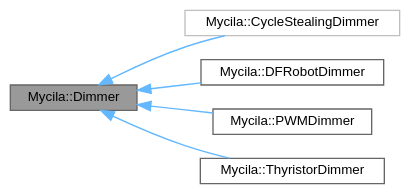
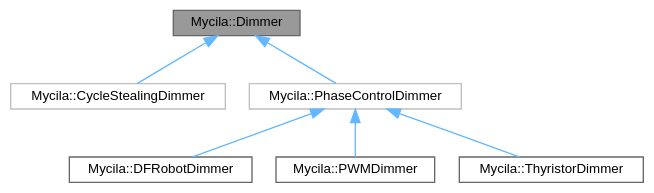
One commit to mathieucarbou/MycilaDimmer changed the diagram in docs/api/class_mycila_1_1_dimmer__inherit__graph.dot. Above: the diagram before and after it, drawn with Graphviz. The commit also changed 58 other files, not shown here.

```diff
--- a/docs/api/class_mycila_1_1_dimmer__inherit__graph.dot
+++ b/docs/api/class_mycila_1_1_dimmer__inherit__graph.dot
@@ -1,17 +1,18 @@
 digraph "Mycila::Dimmer"
 {
  // LATEX_PDF_SIZE
   bgcolor="transparent";
   edge [fontname=Helvetica,fontsize=10,labelfontname=Helvetica,labelfontsize=10];
   node [fontname=Helvetica,fontsize=10,shape=box,height=0.2,width=0.4];
-  rankdir="LR";
   Node1 [id="Node000001",label="Mycila::Dimmer",height=0.2,width=0.4,color="gray40", fillcolor="grey60", style="filled", fontcolor="black",tooltip=" "];
   Node1 -> Node2 [id="edge1_Node000001_Node000002",dir="back",color="steelblue1",style="solid",tooltip=" "];
   Node2 [id="Node000002",label="Mycila::CycleStealingDimmer",height=0.2,width=0.4,color="grey75", fillcolor="white", style="filled",URL="$class_mycila_1_1_cycle_stealing_dimmer.html",tooltip=" "];
   Node1 -> Node3 [id="edge2_Node000001_Node000003",dir="back",color="steelblue1",style="solid",tooltip=" "];
-  Node3 [id="Node000003",label="Mycila::DFRobotDimmer",height=0.2,width=0.4,color="gray40", fillcolor="white", style="filled",URL="$class_mycila_1_1_d_f_robot_dimmer.html",tooltip="DFRobot DFR1071/DFR1073/DFR0971 I2C controlled 0-10V/0-5V dimmer implementation for voltage regulator..."];
-  Node1 -> Node4 [id="edge3_Node000001_Node000004",dir="back",color="steelblue1",style="solid",tooltip=" "];
-  Node4 [id="Node000004",label="Mycila::PWMDimmer",height=0.2,width=0.4,color="gray40", fillcolor="white", style="filled",URL="$class_mycila_1_1_p_w_m_dimmer.html",tooltip="PWM based dimmer implementation for voltage regulators controlled by a PWM signal to 0-10V analog con..."];
-  Node1 -> Node5 [id="edge4_Node000001_Node000005",dir="back",color="steelblue1",style="solid",tooltip=" "];
-  Node5 [id="Node000005",label="Mycila::ThyristorDimmer",height=0.2,width=0.4,color="gray40", fillcolor="white", style="filled",URL="$class_mycila_1_1_thyristor_dimmer.html",tooltip="Thyristor (TRIAC) based dimmer implementation for TRIAC and Random SSR dimmers."];
+  Node3 [id="Node000003",label="Mycila::PhaseControlDimmer",height=0.2,width=0.4,color="grey75", fillcolor="white", style="filled",URL="$class_mycila_1_1_phase_control_dimmer.html",tooltip=" "];
+  Node3 -> Node4 [id="edge3_Node000003_Node000004",dir="back",color="steelblue1",style="solid",tooltip=" "];
+  Node4 [id="Node000004",label="Mycila::DFRobotDimmer",height=0.2,width=0.4,color="gray40", fillcolor="white", style="filled",URL="$class_mycila_1_1_d_f_robot_dimmer.html",tooltip="DFRobot DFR1071/DFR1073/DFR0971 I2C controlled 0-10V/0-5V dimmer implementation for voltage regulator..."];
+  Node3 -> Node5 [id="edge4_Node000003_Node000005",dir="back",color="steelblue1",style="solid",tooltip=" "];
+  Node5 [id="Node000005",label="Mycila::PWMDimmer",height=0.2,width=0.4,color="gray40", fillcolor="white", style="filled",URL="$class_mycila_1_1_p_w_m_dimmer.html",tooltip="PWM based dimmer implementation for voltage regulators controlled by a PWM signal to 0-10V analog con..."];
+  Node3 -> Node6 [id="edge5_Node000003_Node000006",dir="back",color="steelblue1",style="solid",tooltip=" "];
+  Node6 [id="Node000006",label="Mycila::ThyristorDimmer",height=0.2,width=0.4,color="gray40", fillcolor="white", style="filled",URL="$class_mycila_1_1_thyristor_dimmer.html",tooltip="Thyristor (TRIAC) based dimmer implementation for TRIAC and Random SSR dimmers."];
 }
```
